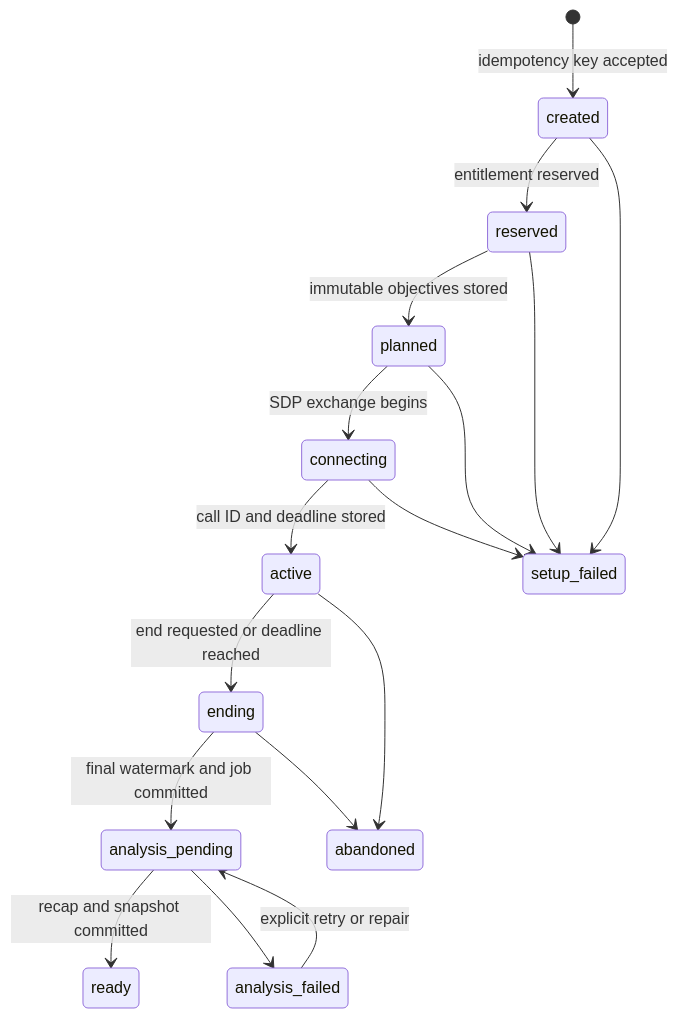
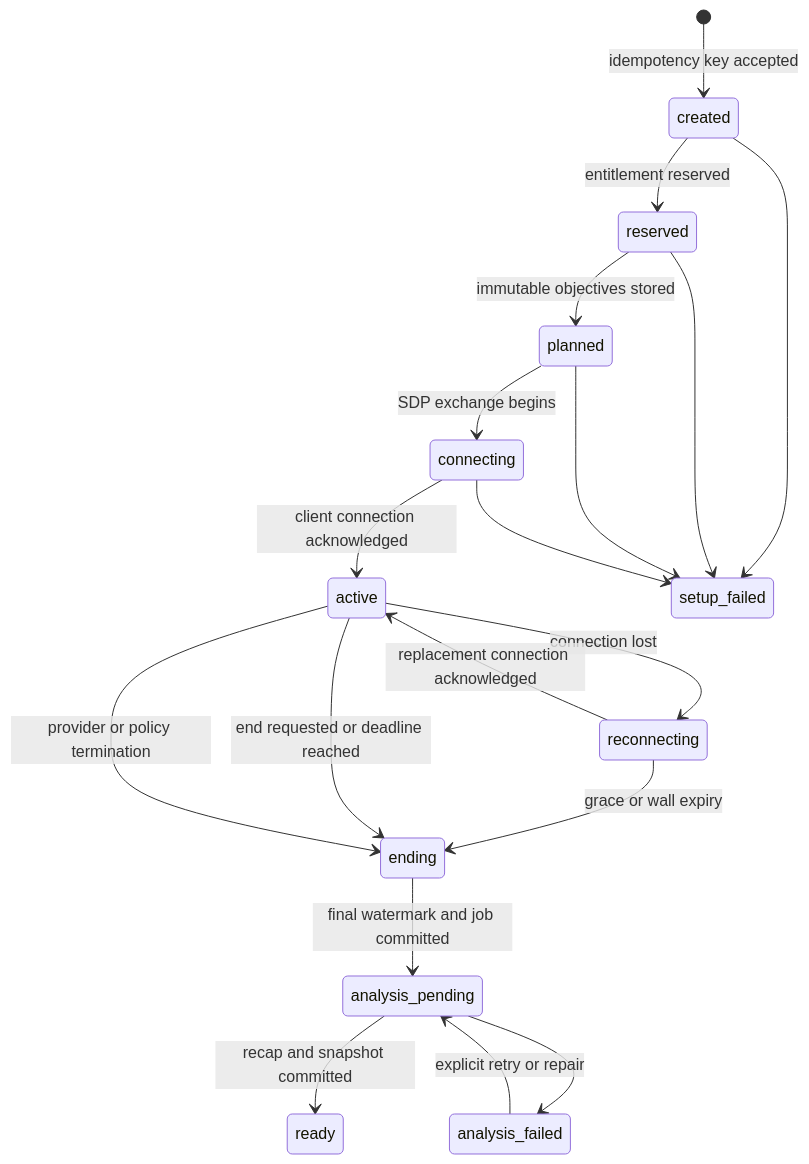
The first of 2 diagrams in docs/architecture/runtime-services.md (tan-jason/mori), drawn with Mermaid before and after one commit. The commit also changed other lines of this file and 18 other files, not shown here.

````diff
--- a/docs/architecture/runtime-services.md
+++ b/docs/architecture/runtime-services.md
@@ -87,20 +87,22 @@
 ```mermaid
 stateDiagram-v2
     [*] --> created: idempotency key accepted
     created --> reserved: entitlement reserved
     reserved --> planned: immutable objectives stored
     planned --> connecting: SDP exchange begins
-    connecting --> active: call ID and deadline stored
+    connecting --> active: client connection acknowledged
+    active --> reconnecting: connection lost
+    reconnecting --> active: replacement connection acknowledged
+    reconnecting --> ending: grace or wall expiry
     active --> ending: end requested or deadline reached
     ending --> analysis_pending: final watermark and job committed
     analysis_pending --> ready: recap and snapshot committed
 
     created --> setup_failed
     reserved --> setup_failed
     planned --> setup_failed
     connecting --> setup_failed
-    active --> abandoned
-    ending --> abandoned
+    active --> ending: provider or policy termination
     analysis_pending --> analysis_failed
     analysis_failed --> analysis_pending: explicit retry or repair
 ```
````
